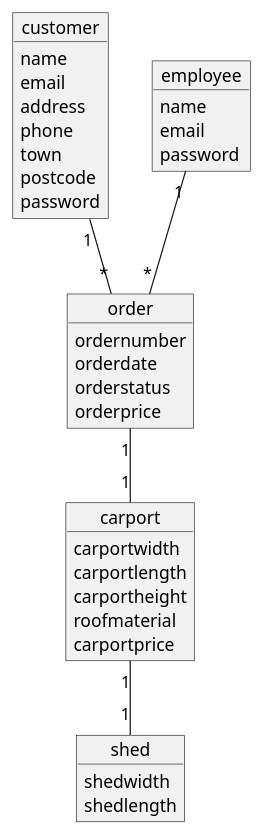
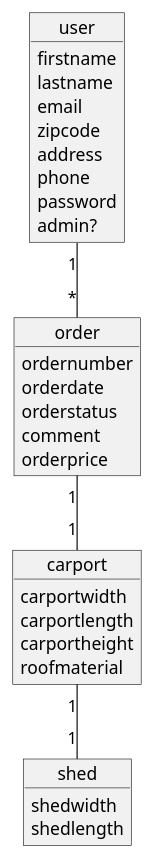
One commit to mbm1337/Carport changed the diagram in models/Domain model.puml. Above: the diagram before and after it, drawn with PlantUML. The commit also changed 7 other files, not shown here.

Commit message:
Diagrams

```diff
--- a/models/Domain model.puml
+++ b/models/Domain model.puml
@@ -1,52 +1,47 @@
 @startuml
 'https://plantuml.com/object-diagram
 
 
-object customer{
-    name
+object user{
+    firstname
+    lastname
     email
+    zipcode
     address
     phone
-    town
-    postcode
     password
+    admin?
 }
 
-object employee{
-    name
-    email
-    password
-}
 
 
 object carport{
     carportwidth
     carportlength
     carportheight
     roofmaterial
-    carportprice
 
 }
 object shed{
     shedwidth
     shedlength
 }
 
 object order{
     ordernumber
     orderdate
     orderstatus
+    comment
     orderprice
 }
 
 
 
 
-customer "1"--"*" order
-order "1"-- "1"carport
-employee "1"--"*" order
+user "1"--"*" order
+order "1"-- "1" carport
 carport "1"-- "1"shed
 
 
 
 @enduml
```
